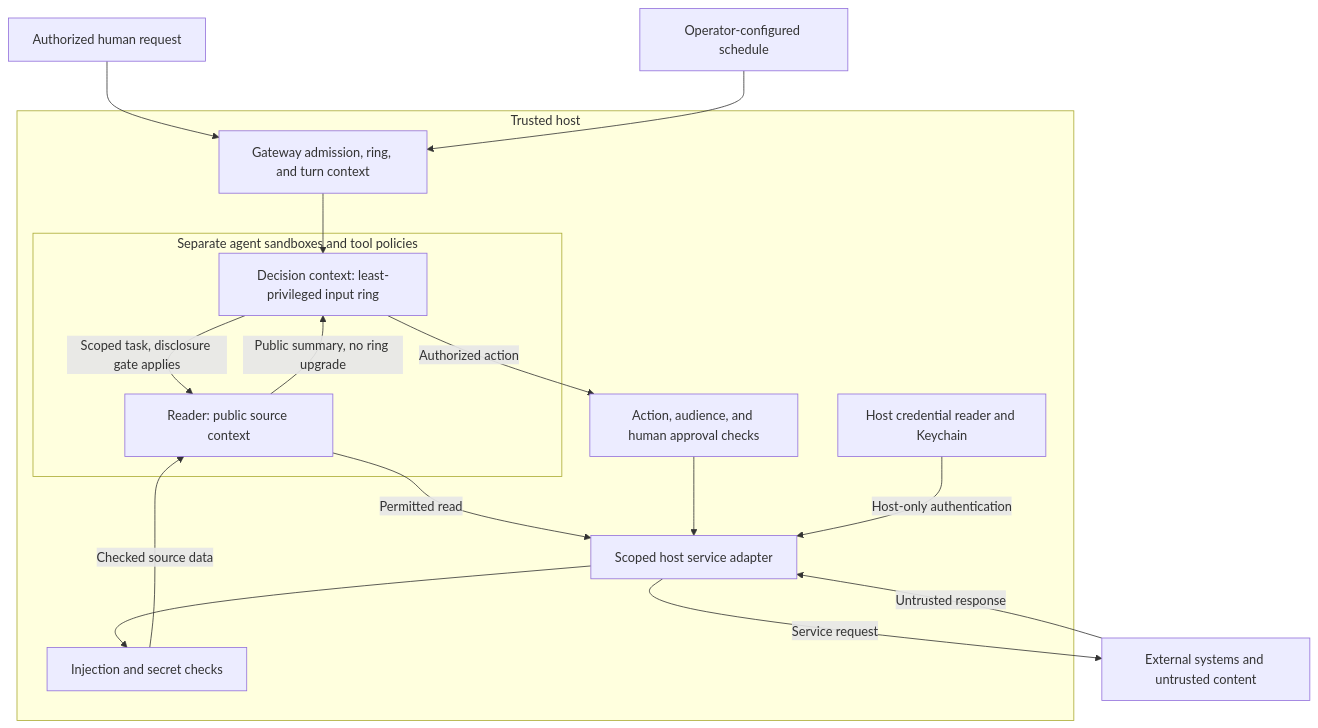
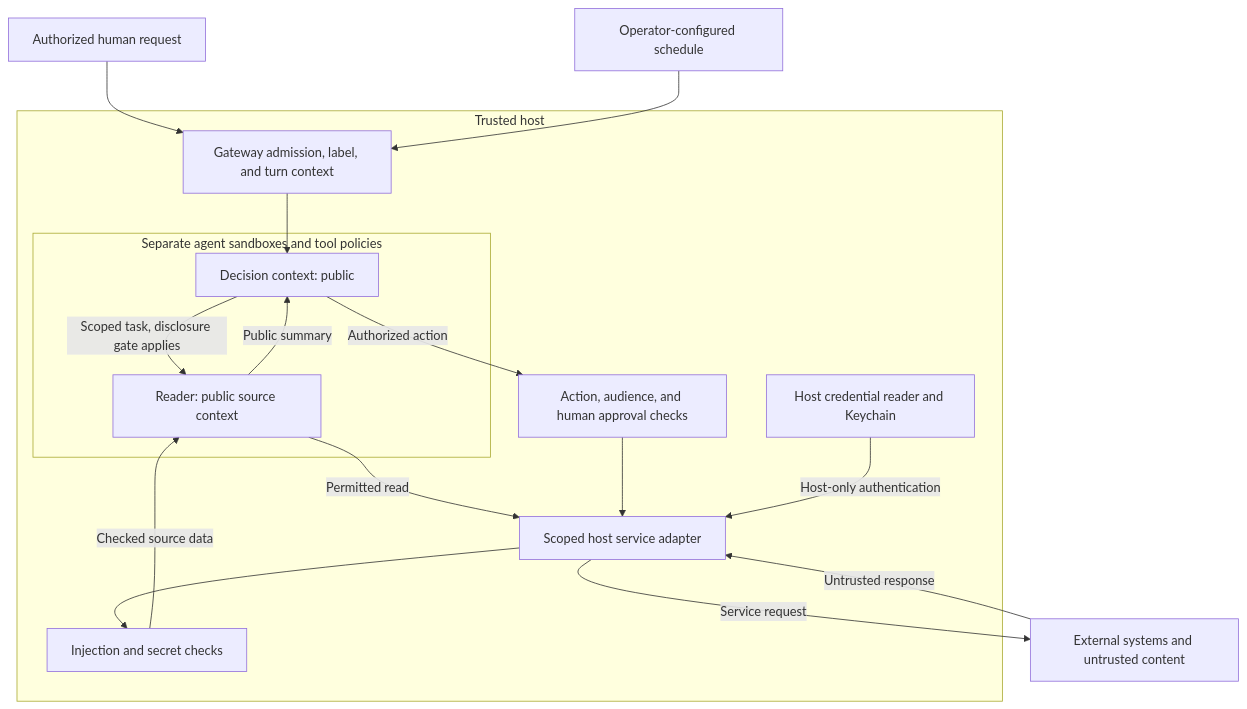
Before and after one commit to coletaylor788/puddles: the fifth of 5 diagrams in docs/openclaw-setup/security-architecture.md, drawn with Mermaid. The commit also changed other lines of this file, not shown here.

Commit message:
Clarify security topology and context labels

````diff
--- a/docs/openclaw-setup/security-architecture.md
+++ b/docs/openclaw-setup/security-architecture.md
@@ -264,30 +219,30 @@
 ```mermaid
 flowchart TB
     Owner["Authorized human request"]
     Schedule["Operator-configured schedule"]
     External["External systems and untrusted content"]
     subgraph Host["Trusted host"]
-        Admission["Gateway admission, ring, and turn context"]
+        Admission["Gateway admission, label, and turn context"]
         Secrets["Host credential reader and Keychain"]
         Adapter["Scoped host service adapter"]
         Ingress["Injection and secret checks"]
         Egress["Action, audience, and human approval checks"]
         subgraph AgentBoundary["Separate agent sandboxes and tool policies"]
-            Main["Decision context: least-privileged input ring"]
+            Main["Decision context: public"]
             Reader["Reader: public source context"]
         end
         Admission --> Main
         Main -->|"Scoped task, disclosure gate applies"| Reader
         Reader -->|"Permitted read"| Adapter
         Adapter --> Ingress
         Ingress -->|"Checked source data"| Reader
-        Reader -->|"Public summary, no ring upgrade"| Main
+        Reader -->|"Public summary"| Main
         Main -->|"Authorized action"| Egress
         Egress --> Adapter
         Secrets -->|"Host-only authentication"| Adapter
     end
     Owner --> Admission
     Schedule --> Admission
     Adapter -->|"Service request"| External
     External -->|"Untrusted response"| Adapter
 ```
````
